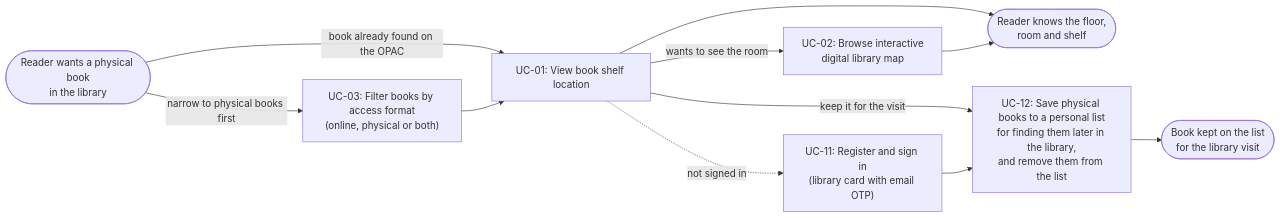
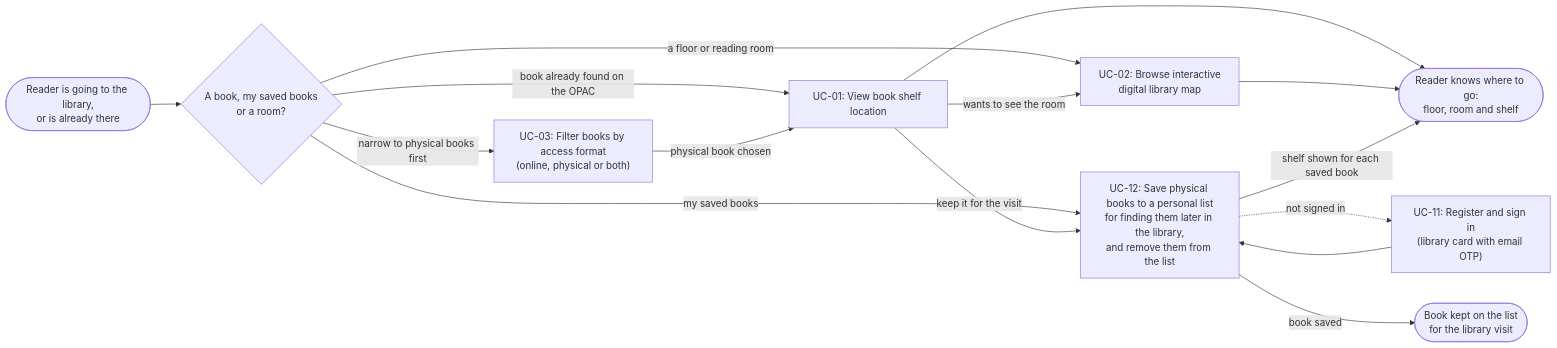
One commit to chihvcte-beep/dbiz2-group-h changed the first of 4 diagrams in [DBIZ 2] GROUP H/EXTERNAL DESIGN/usage-flow.md. Above: the diagram before and after it, drawn with Mermaid. The commit also changed other lines of this file and 2 other files, not shown here.

First line of the commit message:
Usage flow: join the flows that had one use case per path

````diff
--- a/[DBIZ 2] GROUP H/EXTERNAL DESIGN/usage-flow.md
+++ b/[DBIZ 2] GROUP H/EXTERNAL DESIGN/usage-flow.md
@@ -39,13 +39,17 @@
 ```mermaid
 flowchart LR
-  A(["Reader wants a physical book<br>in the library"]) -->|"book already found on the OPAC"| U1["UC-01: View book shelf location"]
-  A -->|"narrow to physical books first"| U3["UC-03: Filter books by access format<br>(online, physical or both)"]
-  U3 --> U1
-  U1 -->|"wants to see the room"| U2["UC-02: Browse interactive<br>digital library map"]
-  U1 --> Z(["Reader knows the floor,<br>room and shelf"])
+  A(["Reader is going to the library,<br>or is already there"]) --> D{"A book, my saved books<br>or a room?"}
+  D -->|"book already found on the OPAC"| U1["UC-01: View book shelf location"]
+  D -->|"narrow to physical books first"| U3["UC-03: Filter books by access format<br>(online, physical or both)"]
+  D -->|"my saved books"| U12["UC-12: Save physical books to a personal list<br>for finding them later in the library,<br>and remove them from the list"]
+  D -->|"a floor or reading room"| U2["UC-02: Browse interactive<br>digital library map"]
+  U3 -->|"physical book chosen"| U1
+  U1 -->|"wants to see the room"| U2
+  U1 -->|"keep it for the visit"| U12
+  U12 -.->|"not signed in"| U11["UC-11: Register and sign in<br>(library card with email OTP)"]
+  U11 --> U12
+  U1 --> Z(["Reader knows where to go:<br>floor, room and shelf"])
   U2 --> Z
-  U1 -->|"keep it for the visit"| U12["UC-12: Save physical books to a personal list<br>for finding them later in the library,<br>and remove them from the list"]
-  U1 -.->|"not signed in"| U11["UC-11: Register and sign in<br>(library card with email OTP)"]
-  U11 --> U12
-  U12 --> Z2(["Book kept on the list<br>for the library visit"])
+  U12 -->|"shelf shown for each saved book"| Z
+  U12 -->|"book saved"| Z2(["Book kept on the list<br>for the library visit"])
 ```
````
